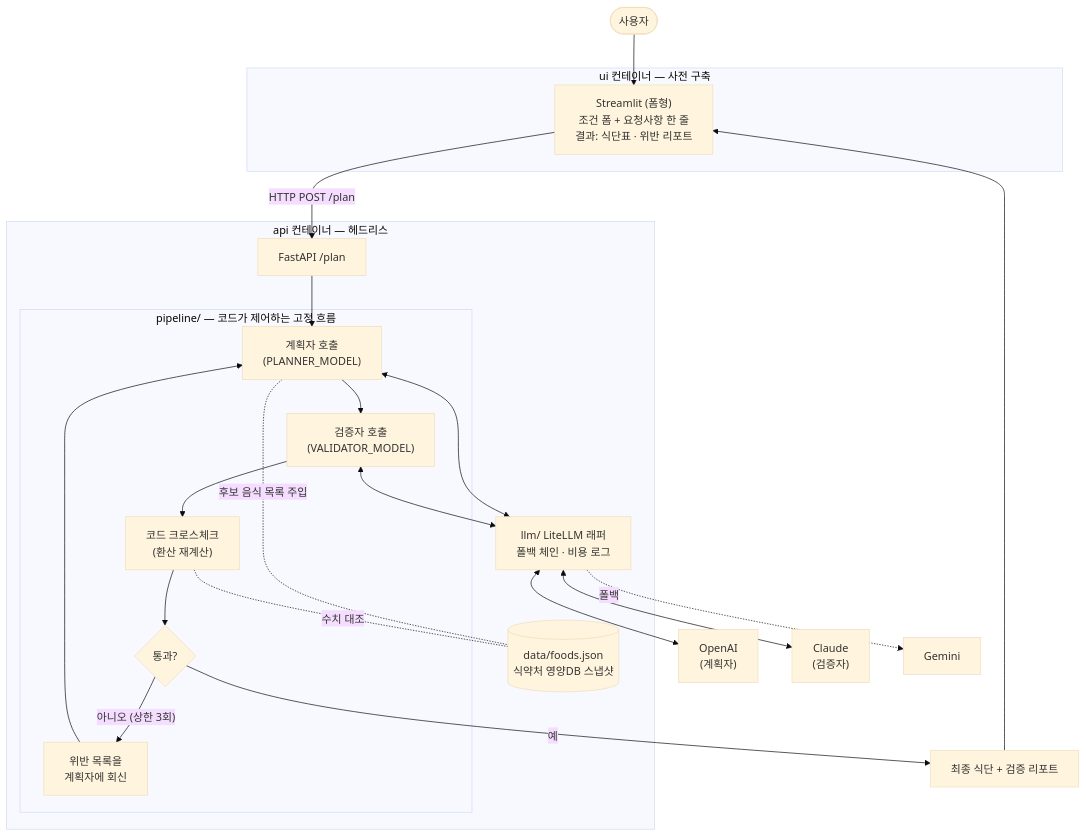
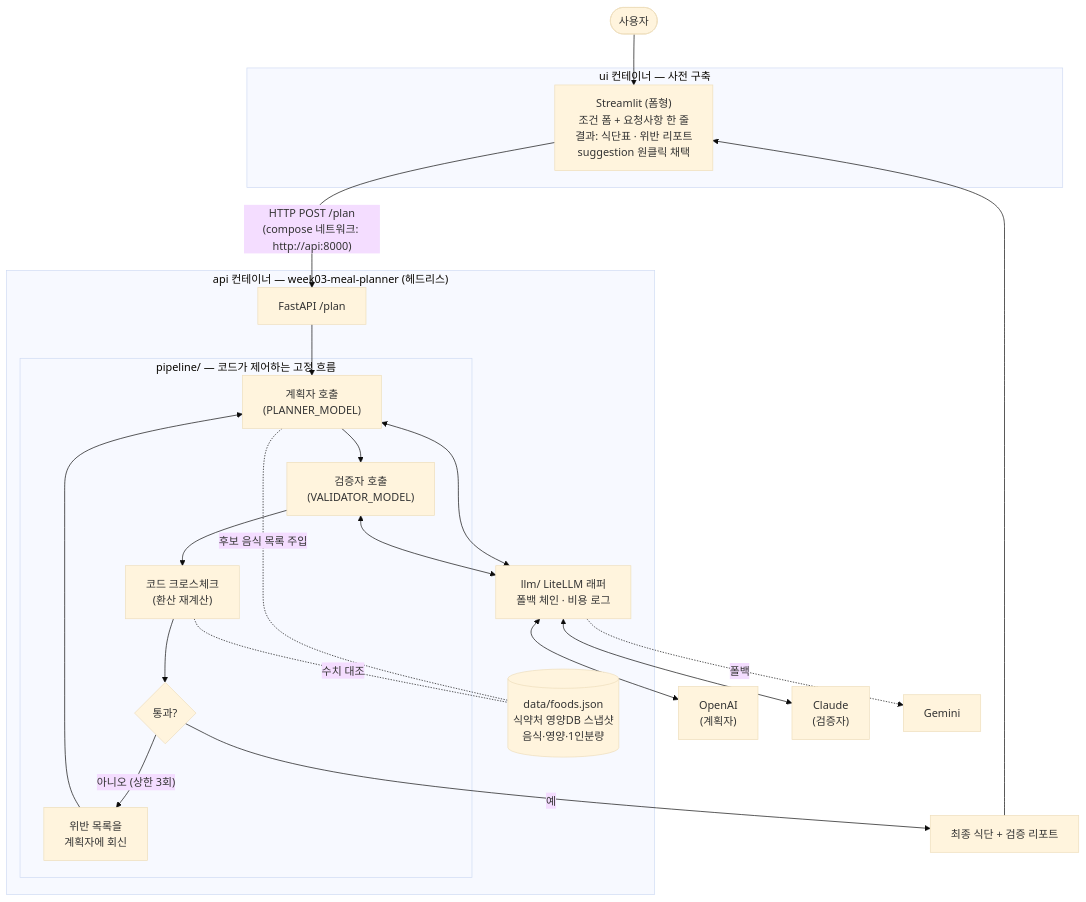
One commit to 2026-ai-service-engineering-a/ai_service_engineering-track_a changed the second of 9 diagrams in site/src/content/slides/ko/session-03/index.mdx. Above: the diagram before and after it, drawn with Mermaid (base theme). The commit also changed other lines of this file, not shown here.

````diff
--- a/site/src/content/slides/ko/session-03/index.mdx
+++ b/site/src/content/slides/ko/session-03/index.mdx
@@ -159,40 +223,40 @@
 ```mermaid
 flowchart TB
     U(["사용자"]) --> UIS
 
     subgraph uibox["ui 컨테이너 — 사전 구축"]
-        UIS["Streamlit (폼형)<br/>조건 폼 + 요청사항 한 줄<br/>결과: 식단표 · 위반 리포트"]
+        UIS["Streamlit (폼형)<br/>조건 폼 + 요청사항 한 줄<br/>결과: 식단표 · 위반 리포트<br/>suggestion 원클릭 채택"]
     end
 
-    UIS -->|"HTTP POST /plan"| API
+    UIS -->|"HTTP POST /plan<br/>(compose 네트워크: http://api:8000)"| API
 
-    subgraph app["api 컨테이너 — 헤드리스"]
+    subgraph app["api 컨테이너 — week03-meal-planner (헤드리스)"]
         API["FastAPI /plan"]
 
         subgraph pipeline["pipeline/ — 코드가 제어하는 고정 흐름"]
             P["계획자 호출<br/>(PLANNER_MODEL)"]
             V["검증자 호출<br/>(VALIDATOR_MODEL)"]
             X["코드 크로스체크<br/>(환산 재계산)"]
             D{"통과?"}
             RV["위반 목록을<br/>계획자에 회신"]
         end
 
         LLMW["llm/ LiteLLM 래퍼<br/>폴백 체인 · 비용 로그"]
-        DATA[("data/foods.json<br/>식약처 영양DB 스냅샷")]
+        DATA[("data/foods.json<br/>식약처 영양DB 스냅샷<br/>음식·영양·1인분량")]
     end
 
     API --> P
     P --> V --> X --> D
     D -- "아니오 (상한 3회)" --> RV --> P
     D -- 예 --> OUT["최종 식단 + 검증 리포트"]
     OUT --> UIS
 
     P <--> LLMW
     V <--> LLMW
     P -. "후보 음식 목록 주입" .- DATA
     X -. "수치 대조" .- DATA
 
     LLMW <--> OAI["OpenAI<br/>(계획자)"]
     LLMW <--> ANT["Claude<br/>(검증자)"]
     LLMW -. "폴백" .-> GEM["Gemini"]
 ```
````
